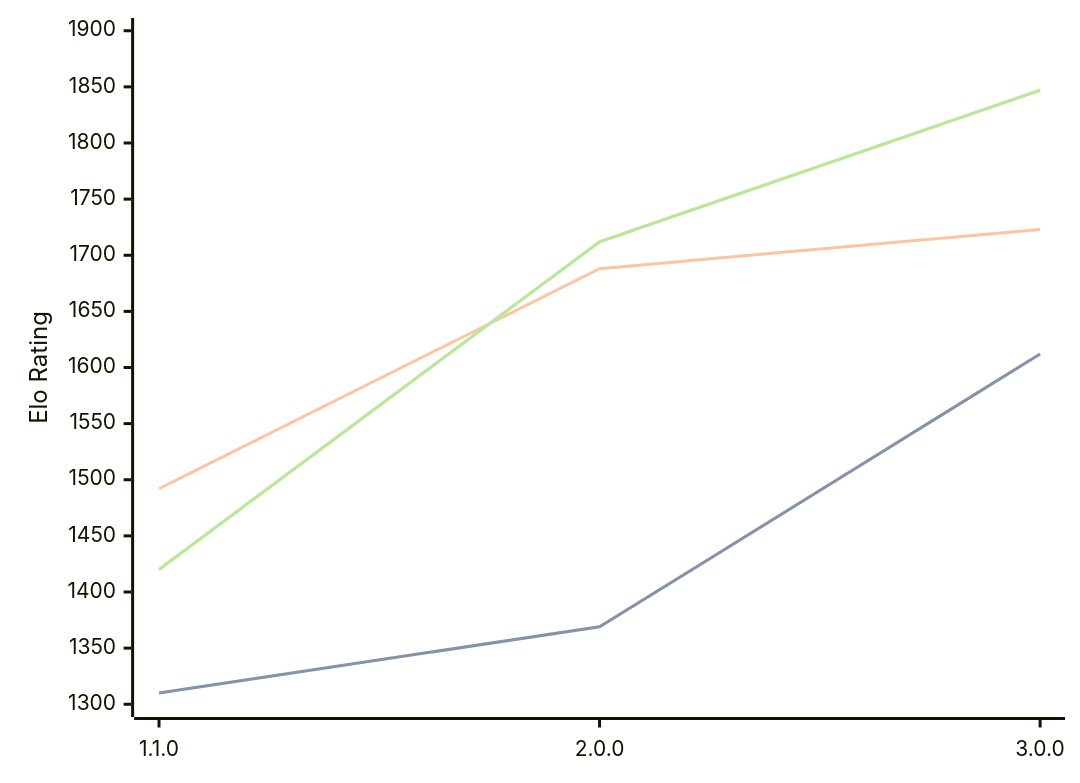
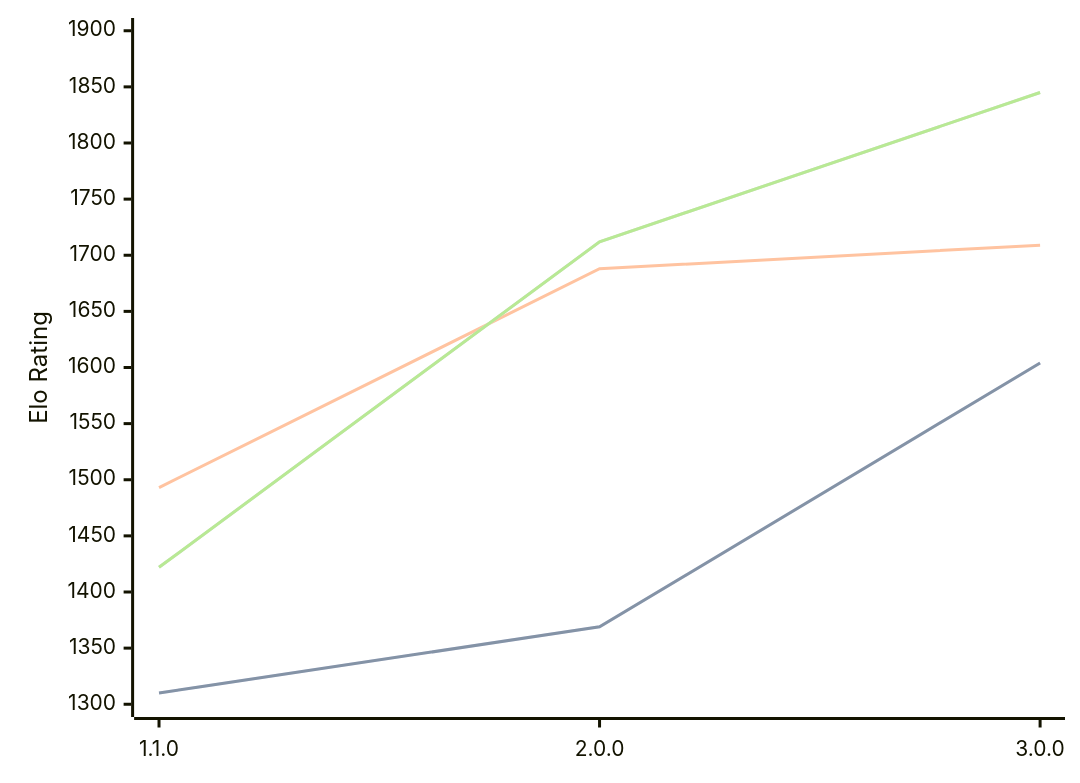
One commit to computer-chess-index/cci changed the diagram in engines/Laura.md. Above: the diagram before and after it, drawn with Mermaid. The commit also changed other lines of this file, not shown here.

Commit message:
Update CCI Ratings (ELO VLTC) - 2026-05-01

````diff
--- a/engines/Laura.md
+++ b/engines/Laura.md
@@ -34,11 +34,11 @@
 ```mermaid
 %%{init: {"theme":"base","themeVariables":{"seriesColors:['#a3a3a3','#222221','#faa371']}}}%%
 xychart-beta
   x-axis ["1.1.0", "2.0.0", "3.0.0"]
   y-axis "Elo Rating" 1300 --> 1900
-  line "STC (8.0+0.08s)" [1310, 1369, 1612]
-  line "STC (8.0+0.08s)" [1310, 1369, 1612]
-  line "LTC (60.0+0.60s)" [1492, 1688, 1723]
-  line "VLTC (2m24s+1.12s)" [1420, 1712, 1847]
-  line "VLTC (2m24s+1.12s)" [1420, 1712, 1847]
+  line "STC (8.0+0.08s)" [1310, 1369, 1604]
+  line "STC (8.0+0.08s)" [1310, 1369, 1604]
+  line "LTC (60.0+0.60s)" [1493, 1688, 1709]
+  line "VLTC (2m24s+1.12s)" [1422, 1712, 1845]
+  line "VLTC (2m24s+1.12s)" [1422, 1712, 1845]
 ```
````
